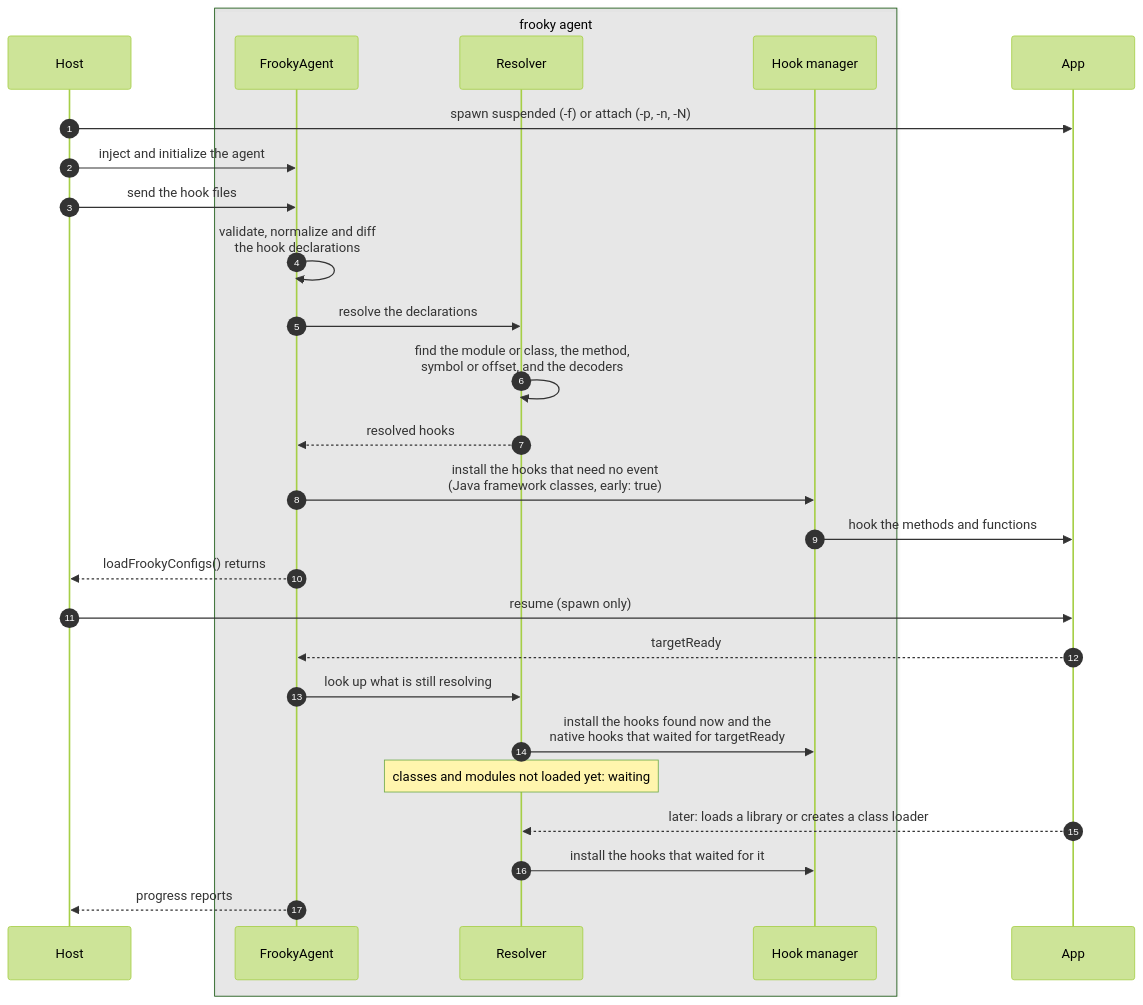
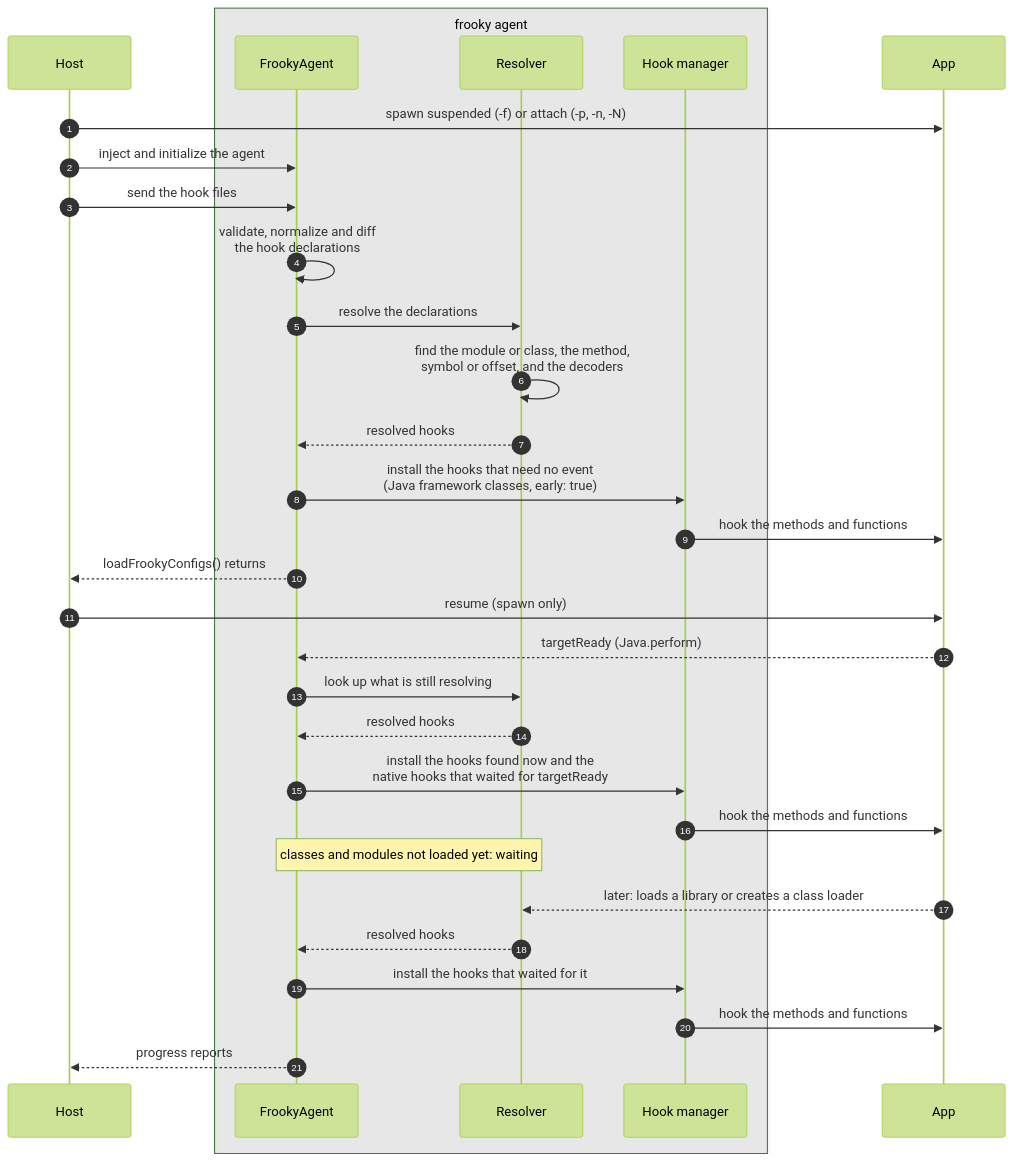
The first of 11 diagrams in docs/under-the-hood.md (bernhste/frooky), drawn with Mermaid (forest theme) before and after one commit. The commit also changed other lines of this file, not shown here.

Commit message:
update mermaid flow

````diff
--- a/docs/under-the-hood.md
+++ b/docs/under-the-hood.md
@@ -46,30 +46,34 @@
 ```mermaid
 sequenceDiagram
     autonumber
     participant Host
     box rgba(128, 128, 128, 0.15) frooky agent
         participant FA as FrookyAgent
         participant R as Resolver
         participant HM as Hook manager
     end
     participant App
 
     Host->>App: spawn suspended (-f) or attach (-p, -n, -N)
     Host->>FA: inject and initialize the agent
     Host->>FA: send the hook files
     FA->>FA: validate, normalize and diff<br/>the hook declarations
     FA->>R: resolve the declarations
     R->>R: find the module or class, the method,<br/>symbol or offset, and the decoders
     R-->>FA: resolved hooks
     FA->>HM: install the hooks that need no event<br/>(Java framework classes, early: true)
     HM->>App: hook the methods and functions
     FA-->>Host: loadFrookyConfigs() returns
     Host->>App: resume (spawn only)
-    App-->>FA: targetReady
+    App-->>FA: targetReady (Java.perform)
     FA->>R: look up what is still resolving
-    R->>HM: install the hooks found now and the<br/>native hooks that waited for targetReady
-    Note over R: classes and modules not loaded yet: waiting
+    R-->>FA: resolved hooks
+    FA->>HM: install the hooks found now and the<br/>native hooks that waited for targetReady
+    HM->>App: hook the methods and functions
+    Note over FA,R: classes and modules not loaded yet: waiting
     App-->>R: later: loads a library or creates a class loader
-    R->>HM: install the hooks that waited for it
+    R-->>FA: resolved hooks
+    FA->>HM: install the hooks that waited for it
+    HM->>App: hook the methods and functions
     FA-->>Host: progress reports
 ```
````
